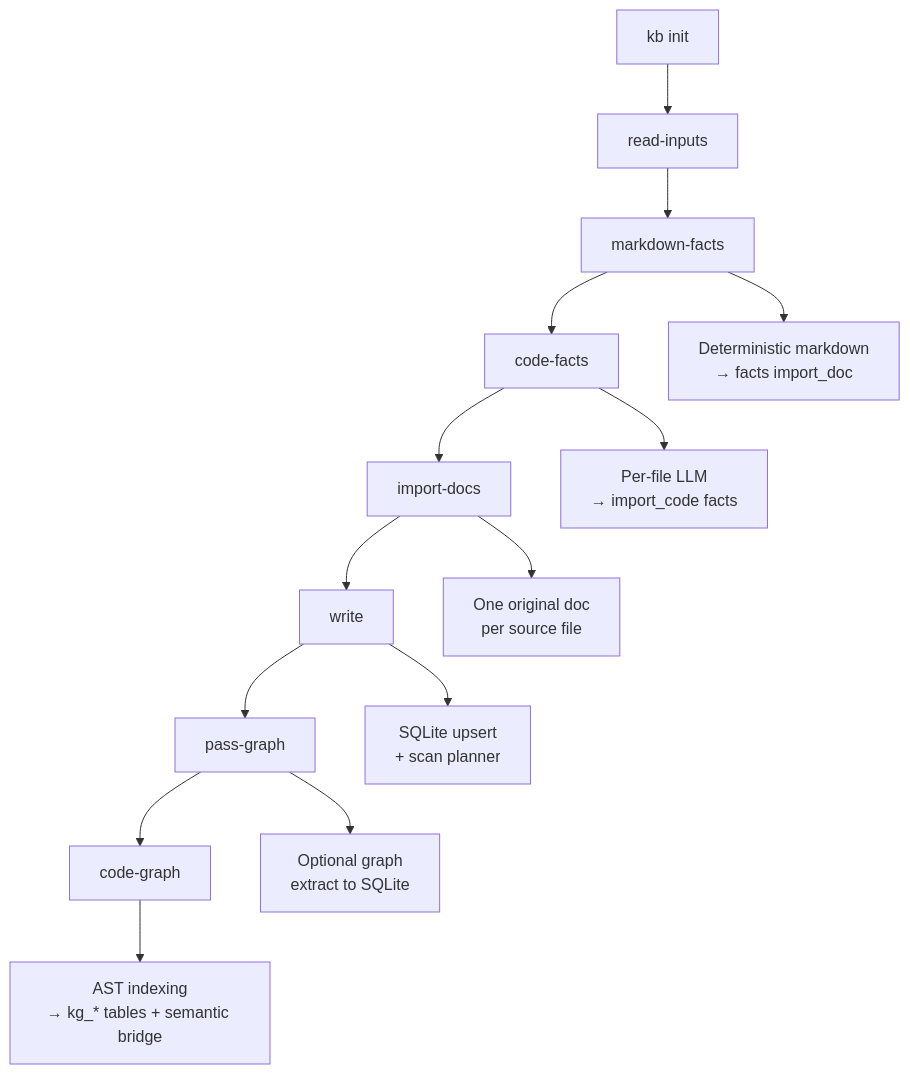
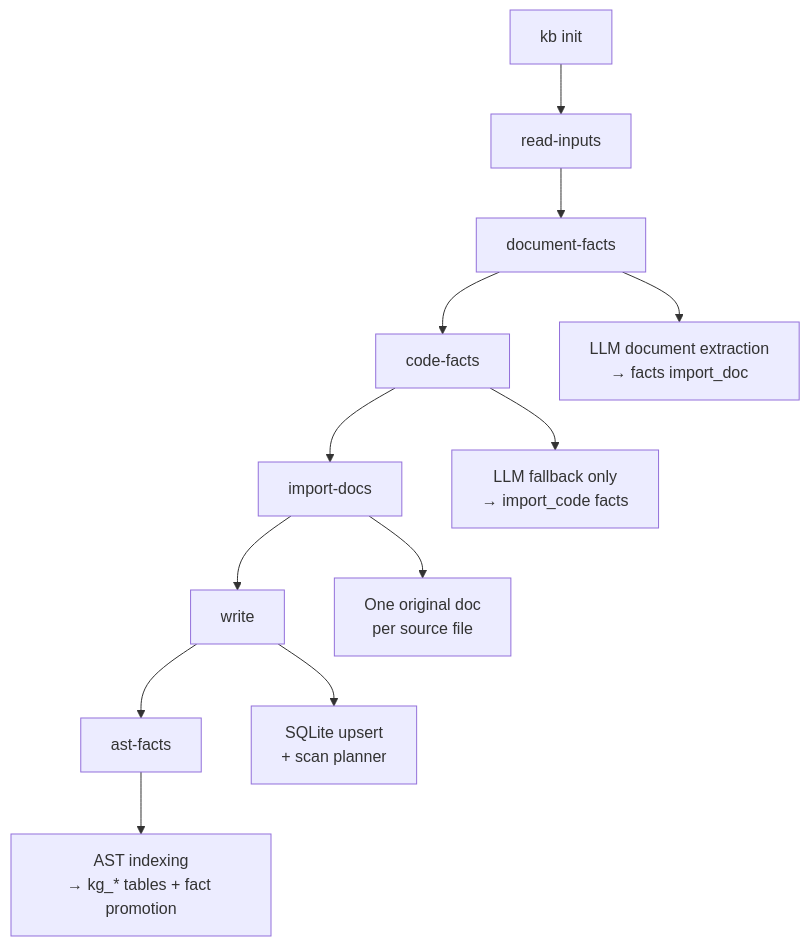
Before and after one commit to rosenjcb/kb: the second of 2 diagrams in src/core/INIT.md, drawn with Mermaid. The commit also changed other lines of this file and 12 other files, not shown here.

First line of the commit message:
Fix/remove code graph (#62)

````diff
--- a/src/core/INIT.md
+++ b/src/core/INIT.md
@@ -30,17 +30,15 @@
 ```mermaid
 flowchart TD
     A[kb init] --> R[read-inputs]
-    R --> MF[markdown-facts]
+    R --> MF[document-facts]
     MF --> CF[code-facts]
     CF --> IM[import-docs]
     IM --> W[write]
-    W --> PG[pass-graph]
-    PG --> CG[code-graph]
+    W --> AF[ast-facts]
 
-    MF --> MF1["Deterministic markdown\n→ facts import_doc"]
-    CF --> CF1["Per-file LLM\n→ import_code facts"]
+    MF --> MF1["LLM document extraction\n→ facts import_doc"]
+    CF --> CF1["LLM fallback only\n→ import_code facts"]
     IM --> IM1["One original doc\nper source file"]
     W --> W1["SQLite upsert\n+ scan planner"]
-    PG --> PG1["Optional graph\nextract to SQLite"]
-    CG --> CG1["AST indexing\n→ kg_* tables + semantic bridge"]
+    AF --> AF1["AST indexing\n→ kg_* tables + fact promotion"]
 ```
````
